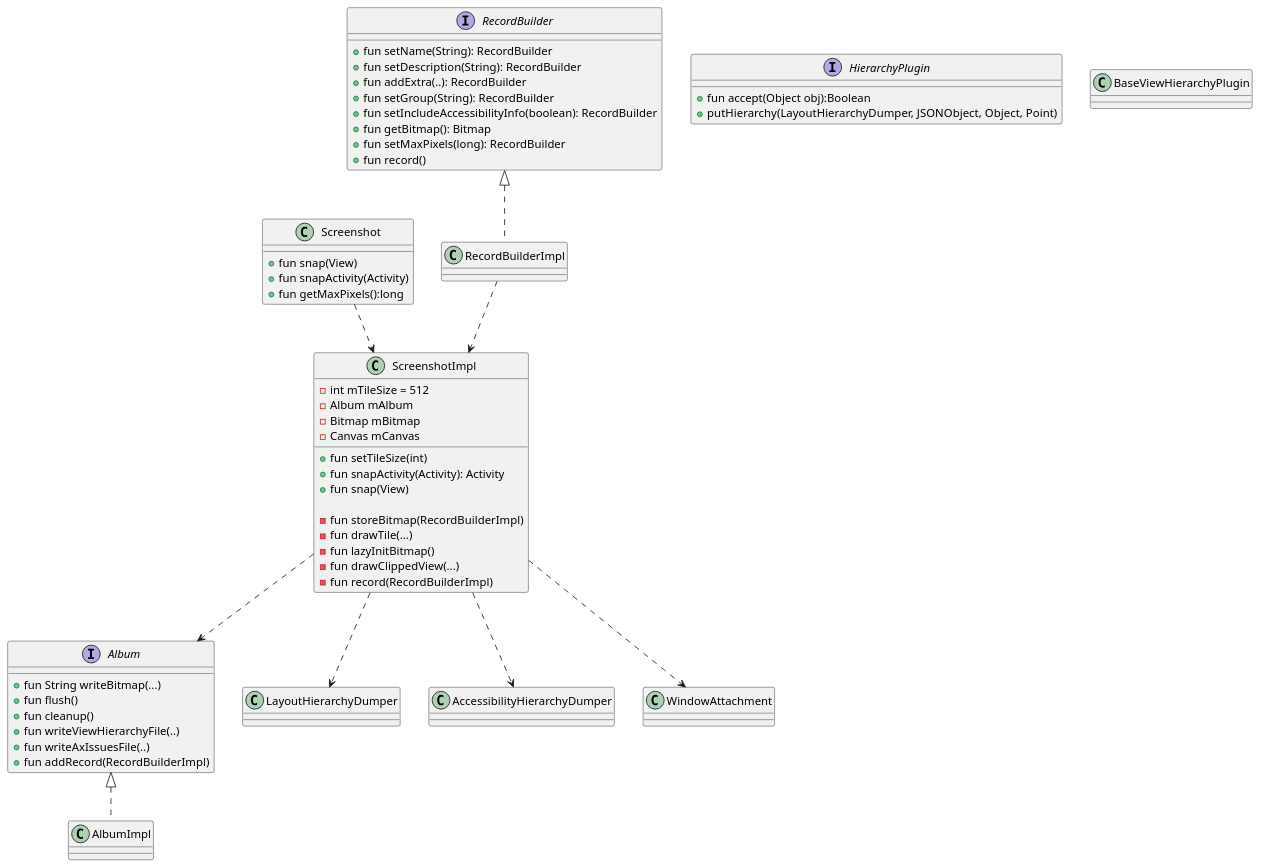
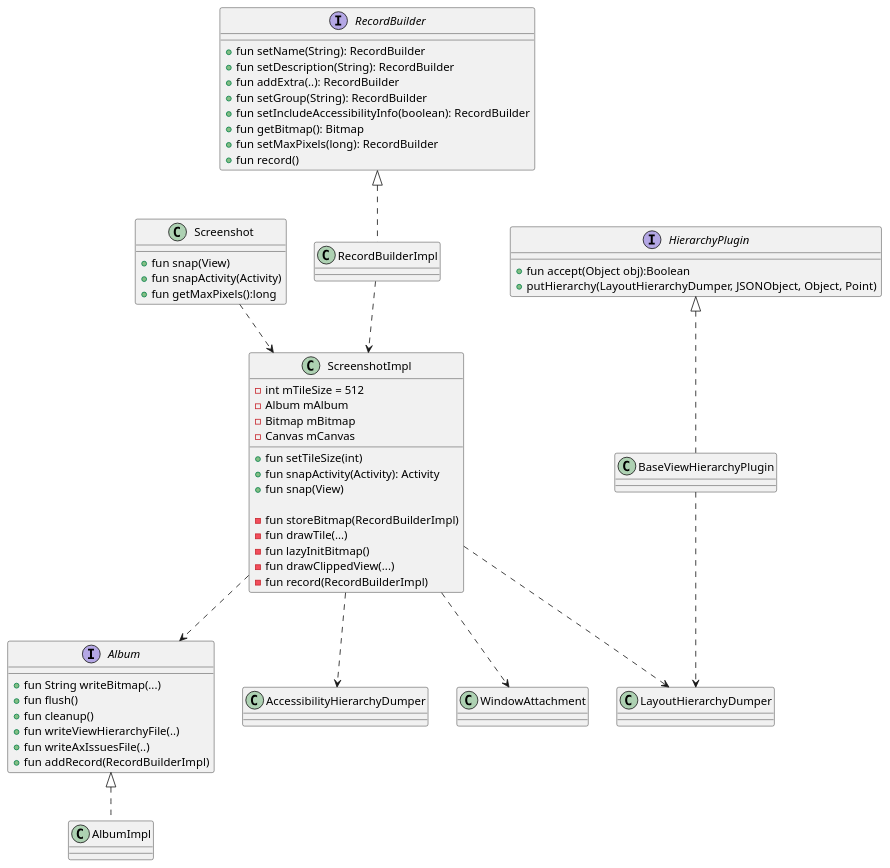
One commit to yxhuangCH/CSLearn changed the first of 4 diagrams in 第三方库/screenshot-tests-for-android/Screenshot-android.md. Above: the diagram before and after it, drawn with PlantUML. The commit also changed other lines of this file and 4 other files, not shown here.

````diff
--- a/第三方库/screenshot-tests-for-android/Screenshot-android.md
+++ b/第三方库/screenshot-tests-for-android/Screenshot-android.md
@@ -81,7 +74,6 @@
 }
 
 interface HierarchyPlugin {
-
     + fun accept(Object obj):Boolean
     + putHierarchy(LayoutHierarchyDumper, JSONObject, Object, Point)
 }
@@ -90,7 +82,6 @@
 class BaseViewHierarchyPlugin {
 
 }
-
 
 
 ScreenshotImpl ..> Album
@@ -104,6 +95,9 @@
 RecordBuilderImpl ..> ScreenshotImpl
 RecordBuilder <|.. RecordBuilderImpl
 
+HierarchyPlugin <|.. BaseViewHierarchyPlugin
+BaseViewHierarchyPlugin ..> LayoutHierarchyDumper
+
 @enduml
 
 ```
````
